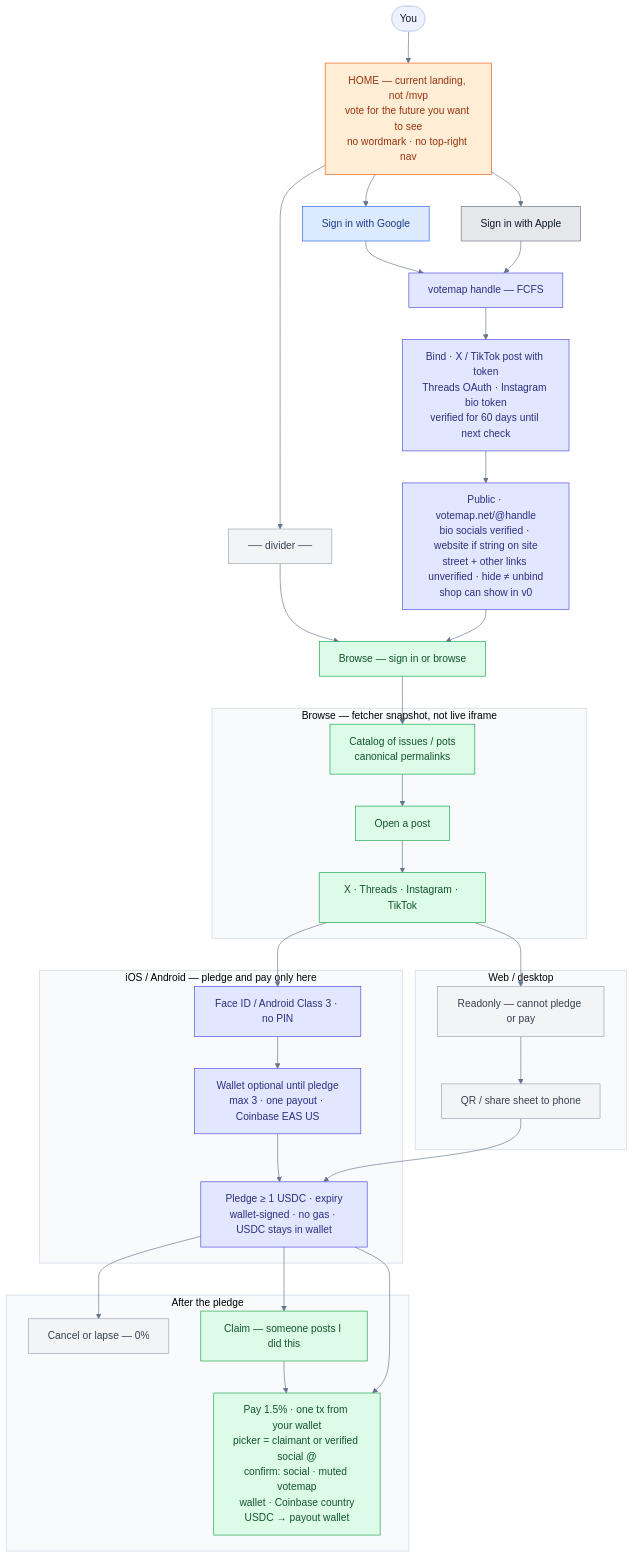
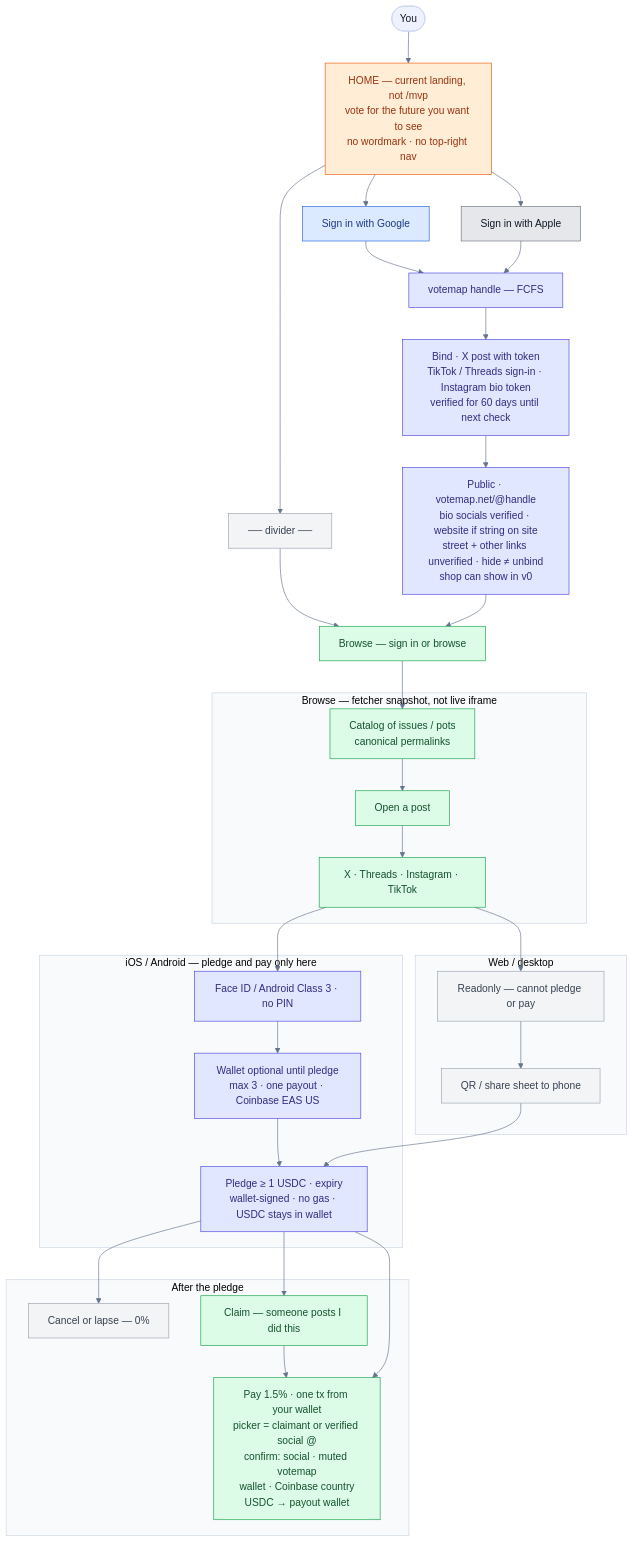
One commit to isaacy13/votemap.net changed the first of 3 diagrams in spec/flows.md. Above: the diagram before and after it, drawn with Mermaid. The commit also changed other lines of this file and 6 other files, not shown here.

First line of the commit message:
spec: TikTok binds with Login Kit instead of post-a-token

````diff
--- a/spec/flows.md
+++ b/spec/flows.md
@@ -35,66 +35,66 @@
 ```mermaid
 %%{init: {"theme":"base","themeVariables":{"fontFamily":"Inter, system-ui, sans-serif","primaryColor":"#eef2ff","primaryTextColor":"#111827","lineColor":"#64748b","clusterBkg":"#f8fafc","clusterBorder":"#cbd5e1"}}}%%
 flowchart TB
   You([You]) --> Home
   Home["HOME — current landing, not /mvp<br/>vote for the future you want to see<br/>no wordmark · no top-right nav"]
 
   Home --> Google["Sign in with Google"]
   Home --> Apple["Sign in with Apple"]
   Home --> Divider["── divider ──"]
   Divider --> Browse["Browse — sign in or browse"]
 
   Google --> Handle
   Apple --> Handle["votemap handle — FCFS"]
-  Handle --> Bind["Bind · X / TikTok post with token<br/>Threads OAuth · Instagram bio token<br/>verified for 60 days until next check"]
+  Handle --> Bind["Bind · X post with token<br/>TikTok / Threads sign-in · Instagram bio token<br/>verified for 60 days until next check"]
   Bind --> Page["Public · votemap.net/@handle<br/>bio socials verified · website if string on site<br/>street + other links unverified · hide ≠ unbind<br/>shop can show in v0"]
   Page --> Browse
 
   subgraph browsePage ["Browse — fetcher snapshot, not live iframe"]
     Catalog["Catalog of issues / pots<br/>canonical permalinks"]
     OpenPost["Open a post"]
     URLs["X · Threads · Instagram · TikTok"]
     Catalog --> OpenPost --> URLs
   end
   Browse --> Catalog
 
   subgraph webcol ["Web / desktop"]
     Readonly["Readonly — cannot pledge or pay"]
     QR["QR / share sheet to phone"]
     Readonly --> QR
   end
 
   subgraph phonecol ["iOS / Android — pledge and pay only here"]
     Face["Face ID / Android Class 3 · no PIN"]
     Wallet["Wallet optional until pledge<br/>max 3 · one payout · Coinbase EAS US"]
     Pledge["Pledge ≥ 1 USDC · expiry<br/>wallet-signed · no gas · USDC stays in wallet"]
     Face --> Wallet --> Pledge
   end
 
   URLs --> Readonly
   URLs --> Face
   QR --> Pledge
 
   subgraph after ["After the pledge"]
     Cancel["Cancel or lapse — 0%"]
     Claim["Claim — someone posts I did this"]
     Pay["Pay 1.5% · one tx from your wallet<br/>picker = claimant or verified social @<br/>confirm: social · muted votemap<br/>wallet · Coinbase country<br/>USDC → payout wallet"]
   end
 
   Pledge --> Cancel
   Pledge --> Claim --> Pay
   Pledge --> Pay
 
   classDef home fill:#ffedd5,stroke:#ea580c,color:#9a3412
   classDef google fill:#dbeafe,stroke:#2563eb,color:#1e3a8a
   classDef apple fill:#e5e7eb,stroke:#6b7280,color:#111827
   classDef ok fill:#dcfce7,stroke:#16a34a,color:#14532d
   classDef info fill:#e0e7ff,stroke:#4f46e5,color:#312e81
   classDef grey fill:#f3f4f6,stroke:#9ca3af,color:#374151
   classDef warn fill:#fee2e2,stroke:#dc2626,color:#7f1d1d
   class Home home
   class Google google
   class Apple apple
   class Handle,Bind,Page,Face,Wallet,Pledge info
   class Browse,Catalog,OpenPost,URLs,Claim,Pay ok
   class Readonly,QR,Divider,Cancel grey
 ```
````
